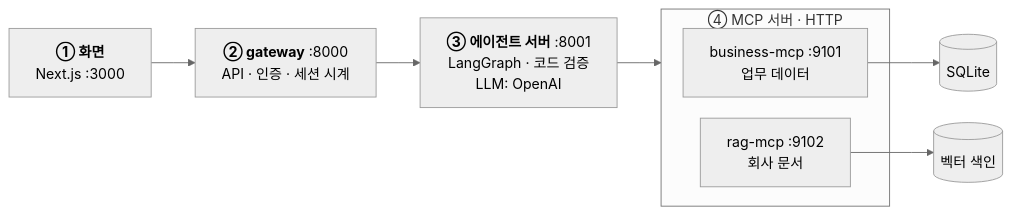
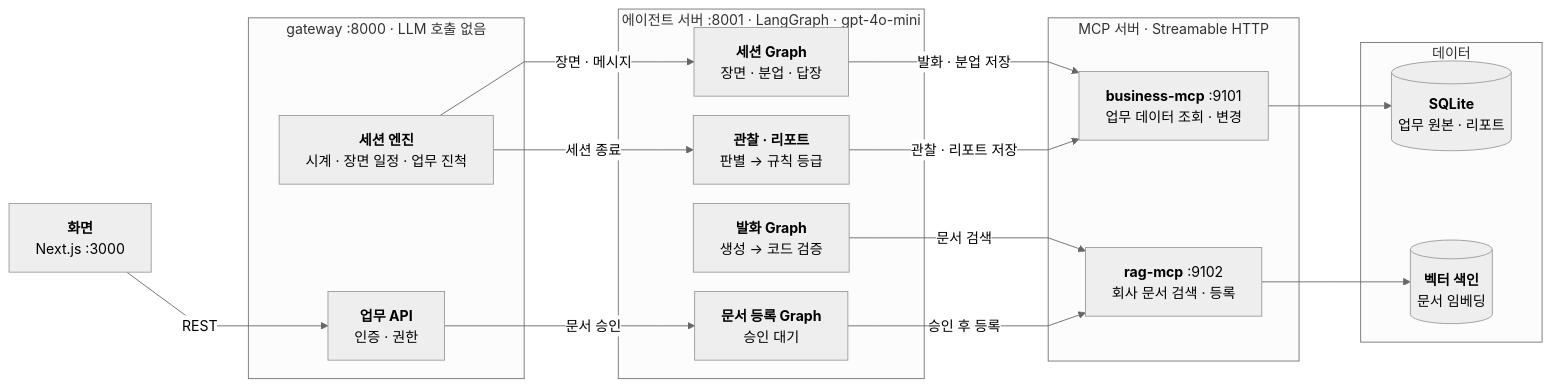
Before and after one commit to SKALA-AI-meeting/DayZer0_ahrdyrxkddhfl: the first of 2 diagrams in README.md, drawn with Mermaid. The commit also changed other lines of this file, not shown here.

Commit message:
docs: README 아키텍처 그림을 역할 단위 + 주요 흐름 화살표로 다시 그림
- 층(화면·gateway·에이전트 서버·MCP·데이터)마다 모듈 상자, 주요 흐름 10개만 목적을 붙여 표시
- 그림에서 뺀 연결(gateway→SQLite·MCP, 세션 Graph→발화 Graph)은 그림 위 설명에 적음
- 업무 진행을 1~5번 선택으로 바꾼 설명, 보고·진척 대조, 평가 수치 재측정 주의 포함

````diff
--- a/README.md
+++ b/README.md
@@ -77,19 +81,40 @@
 ```mermaid
-%%{init: {"theme": "neutral", "flowchart": {"curve": "linear", "nodeSpacing": 24, "rankSpacing": 50}}}%%
+%%{init: {"theme": "neutral", "flowchart": {"curve": "linear", "nodeSpacing": 22, "rankSpacing": 70}}}%%
 flowchart LR
-    FE["<b>① 화면</b><br/>Next.js :3000"]
-    GW["<b>② gateway</b> :8000<br/>API · 인증 · 세션 시계"]
-    AG["<b>③ 에이전트 서버</b> :8001<br/>LangGraph · 코드 검증<br/>LLM: OpenAI"]
+    Web["<b>화면</b><br/>Next.js :3000"]
 
-    subgraph MCP["④ MCP 서버 · HTTP"]
-        BIZ["business-mcp :9101<br/>업무 데이터"]
-        RAG["rag-mcp :9102<br/>회사 문서"]
+    subgraph GWP["gateway :8000 · LLM 호출 없음"]
+        API["<b>업무 API</b><br/>인증 · 권한"]
+        Engine["<b>세션 엔진</b><br/>시계 · 장면 일정 · 업무 진척"]
     end
 
-    DB[("SQLite")]
-    VEC[("벡터 색인")]
+    subgraph AGP["에이전트 서버 :8001 · LangGraph · gpt-4o-mini"]
+        SG["<b>세션 Graph</b><br/>장면 · 분업 · 답장"]
+        SPK["<b>발화 Graph</b><br/>생성 → 코드 검증"]
+        OBS["<b>관찰 · 리포트</b><br/>판별 → 규칙 등급"]
+        DOC["<b>문서 등록 Graph</b><br/>승인 대기"]
+    end
 
-    FE --> GW --> AG --> MCP
-    BIZ --> DB
-    RAG --> VEC
+    subgraph MCPP["MCP 서버 · Streamable HTTP"]
+        Business["<b>business-mcp</b> :9101<br/>업무 데이터 조회 · 변경"]
+        RAG["<b>rag-mcp</b> :9102<br/>회사 문서 검색 · 등록"]
+    end
+
+    subgraph DATA["데이터"]
+        DB[("<b>SQLite</b><br/>업무 원본 · 리포트")]
+        Vec[("<b>벡터 색인</b><br/>문서 임베딩")]
+    end
+
+    Web -->|"REST"| API
+    Web ~~~ Engine
+    Engine -->|"장면 · 메시지"| SG
+    Engine ~~~ SPK
+    Engine -->|"세션 종료"| OBS
+    API -->|"문서 승인"| DOC
+    SG -->|"발화 · 분업 저장"| Business
+    OBS -->|"관찰 · 리포트 저장"| Business
+    SPK -->|"문서 검색"| RAG
+    DOC -->|"승인 후 등록"| RAG
+    Business --> DB
+    RAG --> Vec
 ```
````
